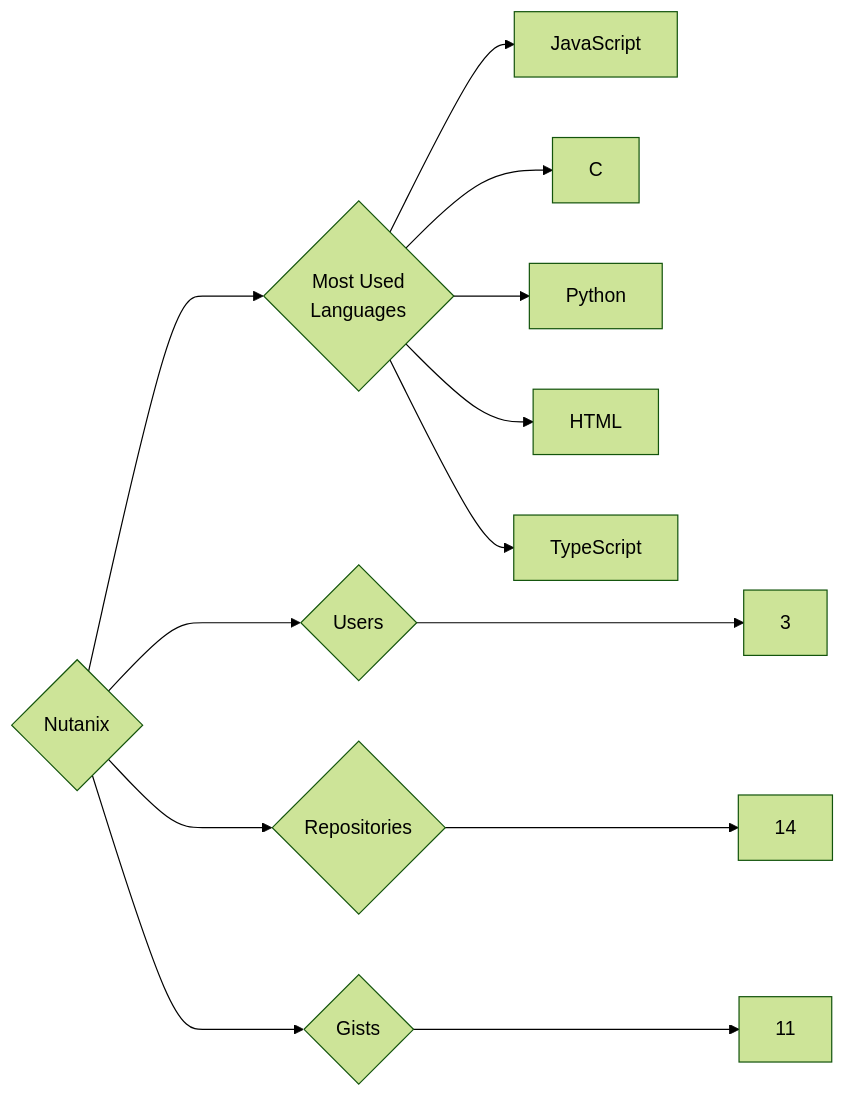
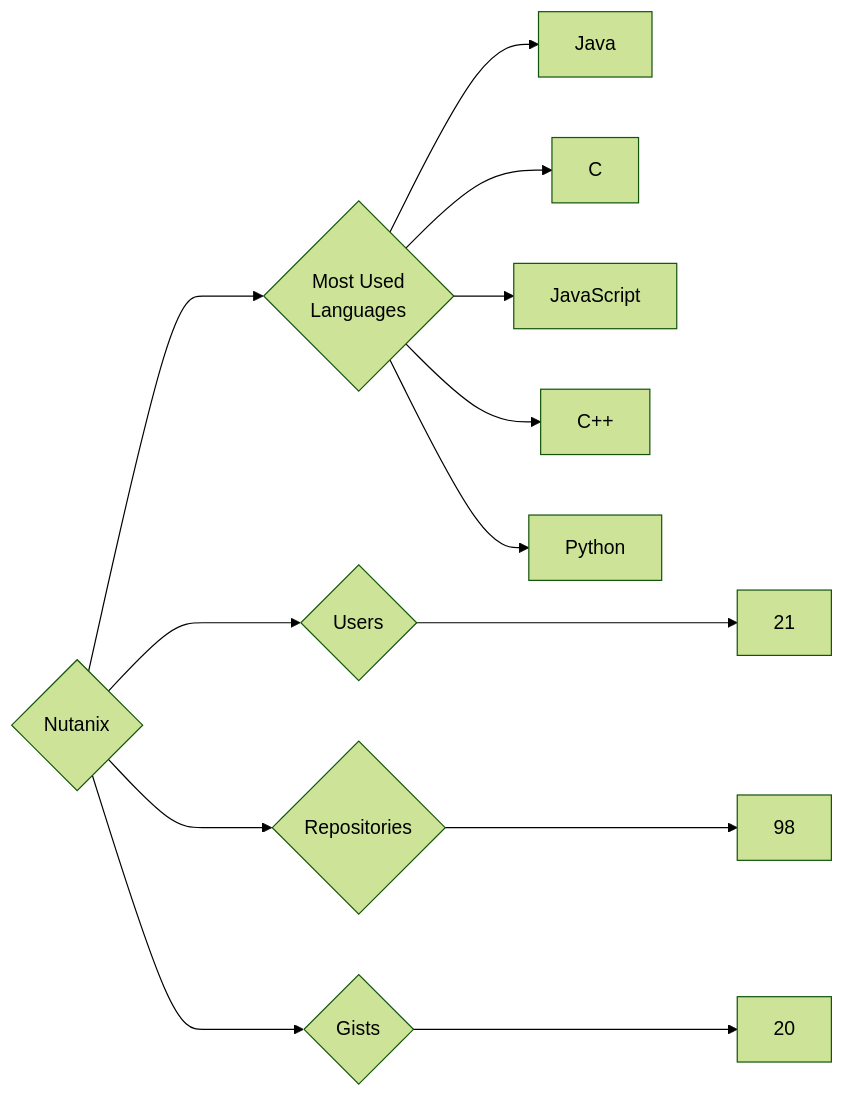
Before and after one commit to trickest/insiders: the diagram in targets/Nutanix/README.md, drawn with Mermaid (forest theme). The commit also changed 912 other files, not shown here.

````diff
--- a/targets/Nutanix/README.md
+++ b/targets/Nutanix/README.md
@@ -3,13 +3,13 @@
 ```mermaid
 graph LR
 COMPANY_NAME{Nutanix}
-COMPANY_NAME ---> U{Users} ---> UN[3]
-COMPANY_NAME ---> R{Repositories} ---> RN[14]
-COMPANY_NAME ---> G{Gists} ---> GN[11]
+COMPANY_NAME ---> U{Users} ---> UN[21]
+COMPANY_NAME ---> R{Repositories} ---> RN[98]
+COMPANY_NAME ---> G{Gists} ---> GN[20]
 COMPANY_NAME ---> ML{Most Used<br>Languages}
+ML --> Java[Java]
+ML --> C[C]
 ML --> JavaScript[JavaScript]
-ML --> C[C]
+ML --> C++[C++]
 ML --> Python[Python]
-ML --> HTML[HTML]
-ML --> TypeScript[TypeScript]
 ```
````
